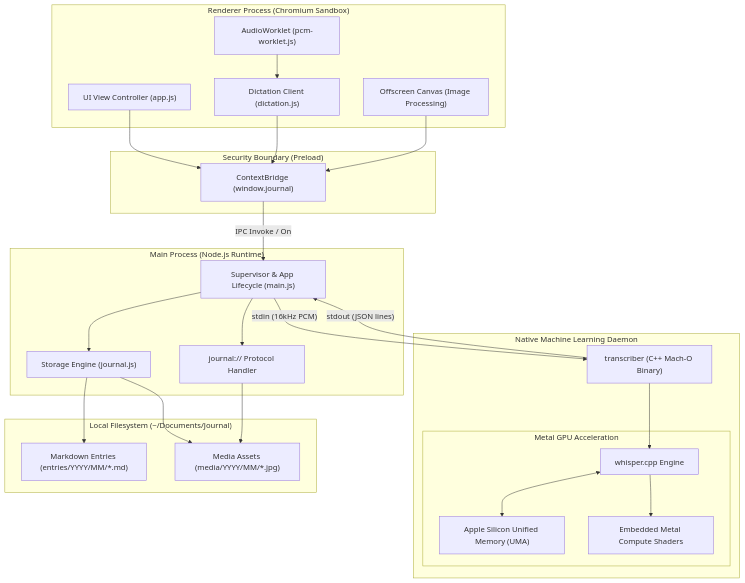
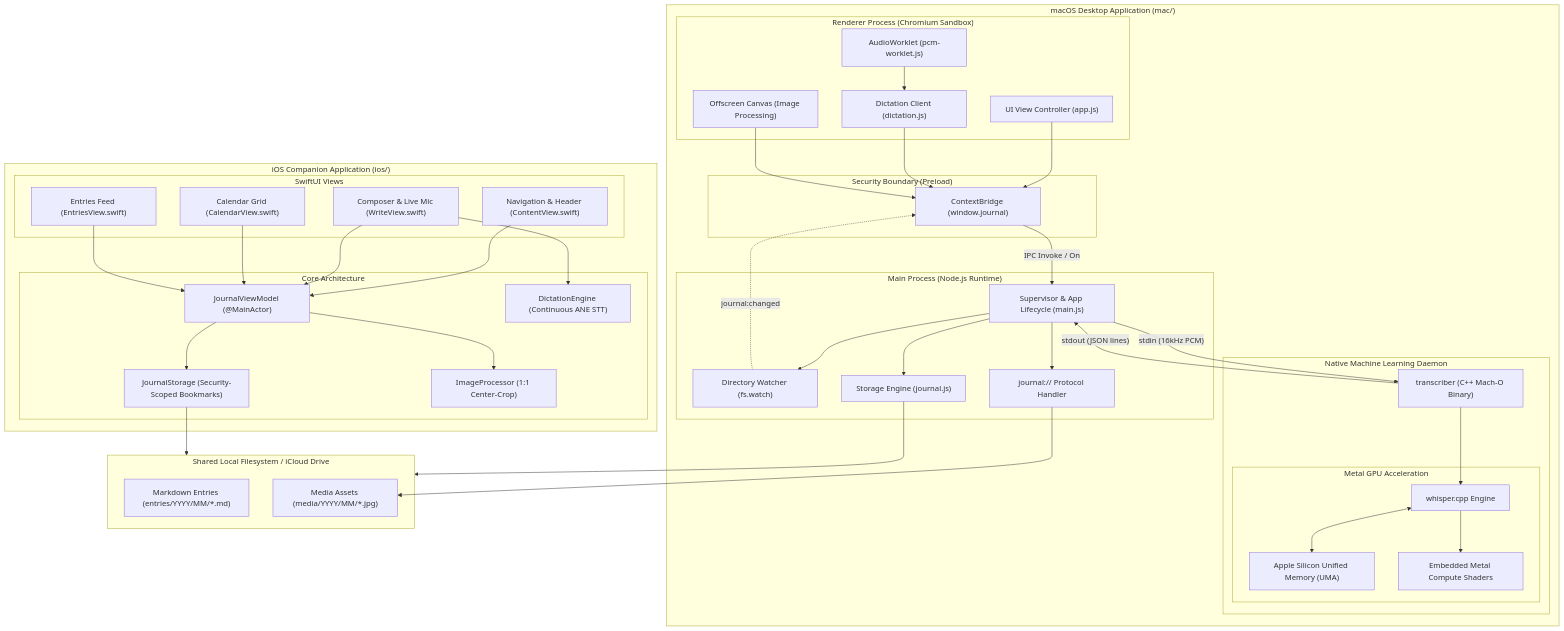
One commit to aninda-ghosh/journal-app changed the first of 10 diagrams in docs/DEVELOPMENT.md. Above: the diagram before and after it, drawn with Mermaid. The commit also changed other lines of this file and 32 other files, not shown here.

````diff
--- a/docs/DEVELOPMENT.md
+++ b/docs/DEVELOPMENT.md
@@ -11,54 +14,80 @@
 ```mermaid
 flowchart TB
-    subgraph UI_Tier["Renderer Process (Chromium Sandbox)"]
-        UI["UI View Controller (app.js)"]
-        Worklet["AudioWorklet (pcm-worklet.js)"]
-        DictationClient["Dictation Client (dictation.js)"]
-        Canvas["Offscreen Canvas (Image Processing)"]
-    end
+    subgraph Mac_Platform["macOS Desktop Application (mac/)"]
+        subgraph UI_Tier["Renderer Process (Chromium Sandbox)"]
+            UI["UI View Controller (app.js)"]
+            Worklet["AudioWorklet (pcm-worklet.js)"]
+            DictationClient["Dictation Client (dictation.js)"]
+            Canvas["Offscreen Canvas (Image Processing)"]
+        end
 
-    subgraph Bridge_Tier["Security Boundary (Preload)"]
-        Bridge["ContextBridge (window.journal)"]
-    end
+        subgraph Bridge_Tier["Security Boundary (Preload)"]
+            Bridge["ContextBridge (window.journal)"]
+        end
 
-    subgraph Host_Tier["Main Process (Node.js Runtime)"]
-        Supervisor["Supervisor & App Lifecycle (main.js)"]
-        Protocol["journal:// Protocol Handler"]
-        Storage["Storage Engine (journal.js)"]
-    end
+        subgraph Host_Tier["Main Process (Node.js Runtime)"]
+            Supervisor["Supervisor & App Lifecycle (main.js)"]
+            Watcher["Directory Watcher (fs.watch)"]
+            Protocol["journal:// Protocol Handler"]
+            Storage["Storage Engine (journal.js)"]
+        end
 
-    subgraph Compute_Tier["Native Machine Learning Daemon"]
-        Transcriber["transcriber (C++ Mach-O Binary)"]
-        subgraph Metal_Subsystem["Metal GPU Acceleration"]
-            Whisper["whisper.cpp Engine"]
-            UMA["Apple Silicon Unified Memory (UMA)"]
-            Shaders["Embedded Metal Compute Shaders"]
+        subgraph Compute_Tier["Native Machine Learning Daemon"]
+            Transcriber["transcriber (C++ Mach-O Binary)"]
+            subgraph Metal_Subsystem["Metal GPU Acceleration"]
+                Whisper["whisper.cpp Engine"]
+                UMA["Apple Silicon Unified Memory (UMA)"]
+                Shaders["Embedded Metal Compute Shaders"]
+            end
         end
     end
 
-    subgraph Disk_Tier["Local Filesystem (~/Documents/Journal)"]
+    subgraph iOS_Platform["iOS Companion Application (ios/)"]
+        subgraph iOS_UI["SwiftUI Views"]
+            ContentView["Navigation & Header (ContentView.swift)"]
+            WriteView["Composer & Live Mic (WriteView.swift)"]
+            CalView["Calendar Grid (CalendarView.swift)"]
+            FeedView["Entries Feed (EntriesView.swift)"]
+        end
+
+        subgraph iOS_Core["Core Architecture"]
+            VM["JournalViewModel (@MainActor)"]
+            iOS_Storage["JournalStorage (Security-Scoped Bookmarks)"]
+            ImgProc["ImageProcessor (1:1 Center-Crop)"]
+            DictationEngine["DictationEngine (Continuous ANE STT)"]
+        end
+    end
+
+    subgraph Storage_Tier["Shared Local Filesystem / iCloud Drive"]
         MD["Markdown Entries (entries/YYYY/MM/*.md)"]
         Media["Media Assets (media/YYYY/MM/*.jpg)"]
     end
 
-    %% Wiring
+    %% Mac Wiring
     UI --> Bridge
     Worklet --> DictationClient
     DictationClient --> Bridge
     Canvas --> Bridge
-
     Bridge -->|"IPC Invoke / On"| Supervisor
-
     Supervisor --> Storage
+    Supervisor --> Watcher
+    Watcher -.->|"journal:changed"| Bridge
     Supervisor --> Protocol
     Supervisor -->|"stdin (16kHz PCM)"| Transcriber
     Transcriber -->|"stdout (JSON lines)"| Supervisor
-
     Transcriber --> Whisper
     Whisper --> Shaders
     Whisper <--> UMA
+    Storage --> Storage_Tier
+    Protocol --> Media
 
-    Storage --> MD
-    Storage --> Media
-    Protocol --> Media
+    %% iOS Wiring
+    ContentView --> VM
+    WriteView --> VM
+    CalView --> VM
+    FeedView --> VM
+    WriteView --> DictationEngine
+    VM --> iOS_Storage
+    VM --> ImgProc
+    iOS_Storage --> Storage_Tier
 ```
````
